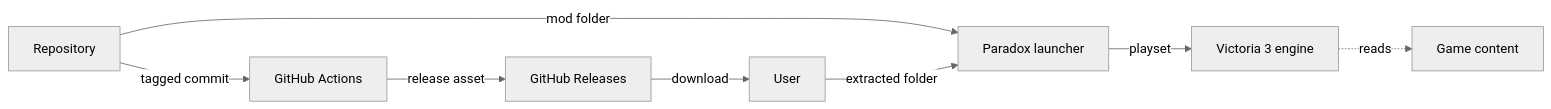
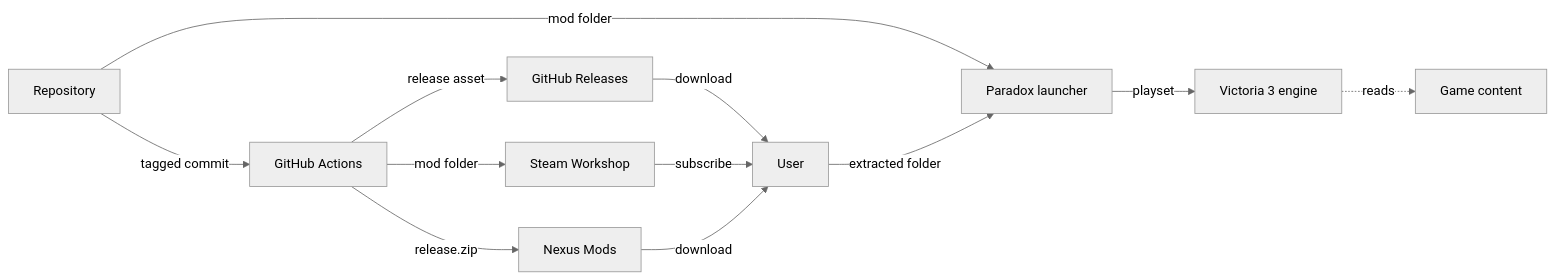
The diagram in docs/integrations.md (hmlendea/standardised-country-colours), drawn with Mermaid (neutral theme) before and after one commit. The commit also changed other lines of this file and 19 other files, not shown here.

Commit message:
dev: Created the Steam Workshop and Nexus Mods release workflows

````diff
--- a/docs/integrations.md
+++ b/docs/integrations.md
@@ -5,11 +5,15 @@
 ```mermaid
 flowchart LR
   Repo["Repository"]
   Repo -->|"mod folder"| Launcher["Paradox launcher"]
   Launcher -->|"playset"| Engine["Victoria 3 engine"]
   Repo -->|"tagged commit"| Actions["GitHub Actions"]
   Actions -->|"release asset"| Releases["GitHub Releases"]
+  Actions -->|"mod folder"| Workshop["Steam Workshop"]
+  Actions -->|"release.zip"| Nexus["Nexus Mods"]
   Releases -->|"download"| User["User"]
+  Workshop -->|"subscribe"| User
+  Nexus -->|"download"| User
   User -->|"extracted folder"| Launcher
   Engine -.->|"reads"| Game["Game content"]
 ```
````
